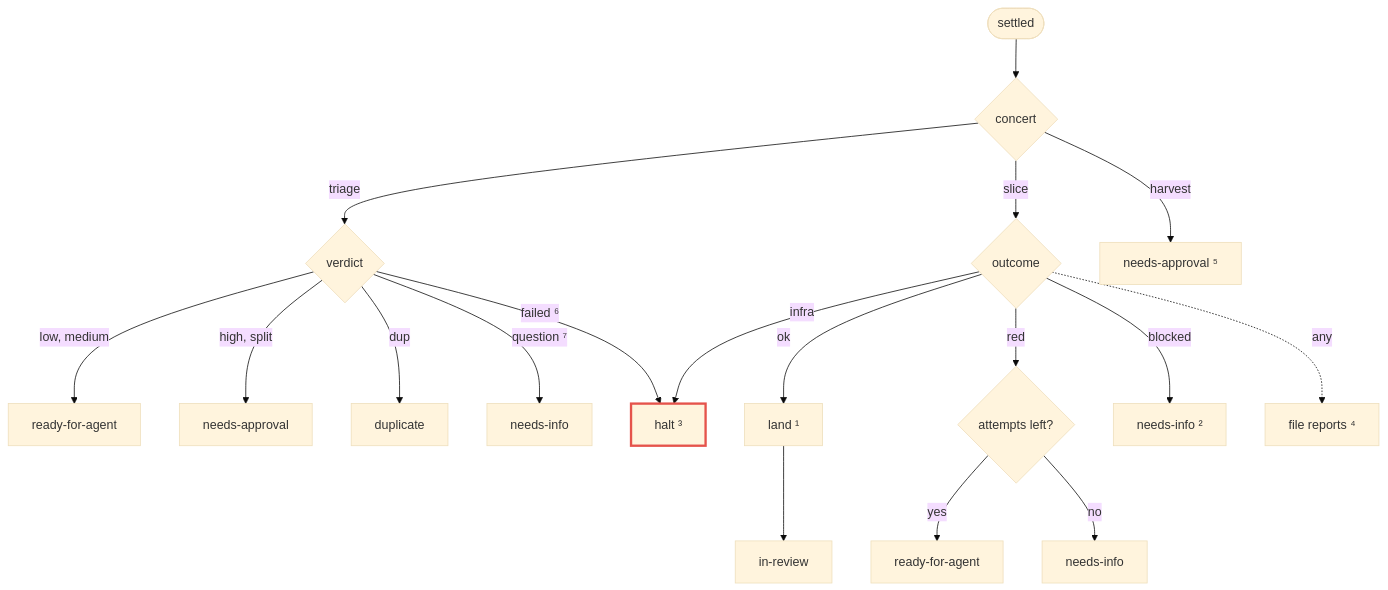
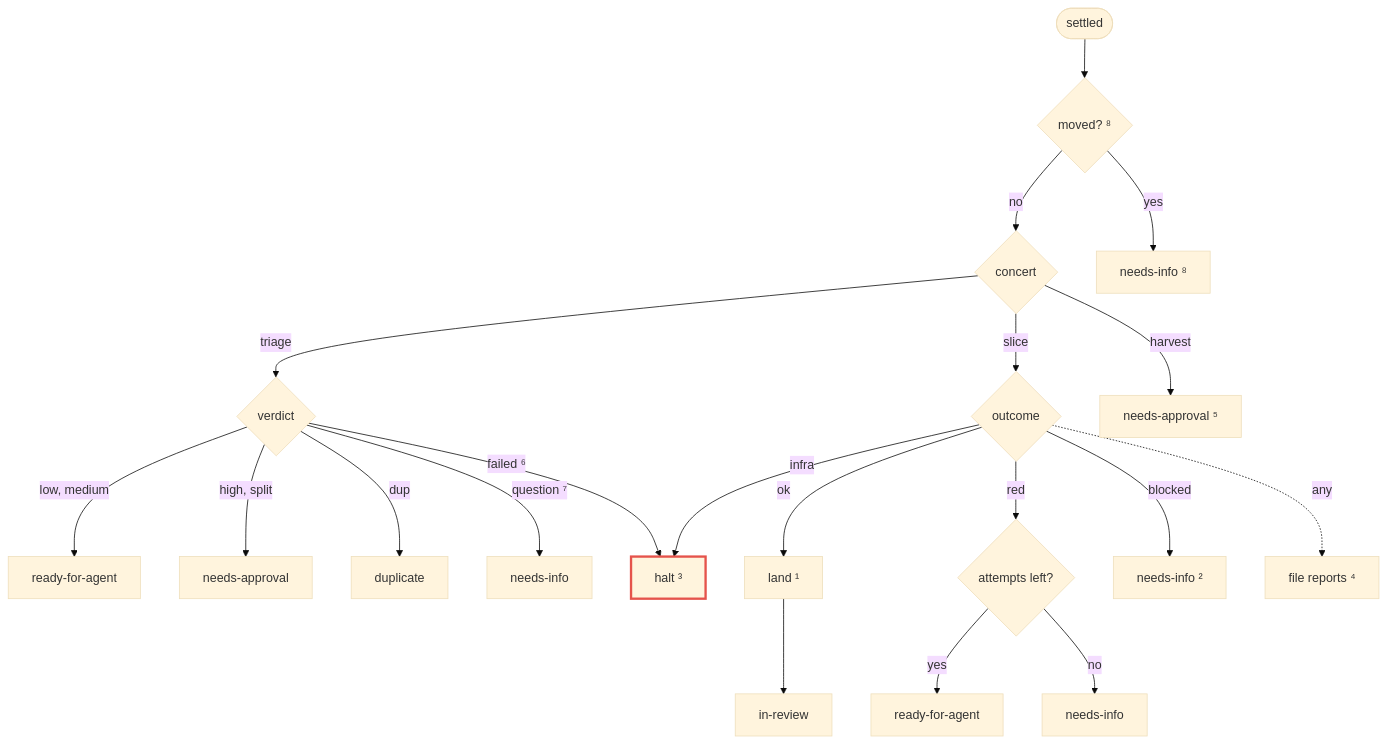
One commit to dvalnn/maestro changed the third of 5 diagrams in docs/agents/factory.md. Above: the diagram before and after it, drawn with Mermaid (base theme). The commit also changed other lines of this file and 14 other files, not shown here.

````diff
--- a/docs/agents/factory.md
+++ b/docs/agents/factory.md
@@ -83,22 +86,24 @@
 ```mermaid
 flowchart TD
-    S(["settled"]) --> K{"concert"}
+    S(["settled"]) --> M{"moved? ⁸"}
+    M -->|no| K{"concert"}
     K -->|triage| V{"verdict"}
     V -->|"low, medium"| RA["ready-for-agent"]
     V -->|"high, split"| NA["needs-approval"]
     V -->|dup| DU["duplicate"]
     V -->|"question ⁷"| NI1["needs-info"]
     V -->|"failed ⁶"| HALT
     K -->|slice| O{"outcome"}
     O -->|ok| LAND["land ¹"] --> IR["in-review"]
     O -->|red| A{"attempts left?"}
     A -->|yes| RA2["ready-for-agent"]
     A -->|no| NI2["needs-info"]
     O -->|blocked| NI3["needs-info ²"]
     O -->|infra| HALT["halt ³"]
     O -.->|any| REP["file reports ⁴"]
     K -->|harvest| PR["needs-approval ⁵"]
+    M -->|yes| PK["needs-info ⁸"]
 
     classDef fault stroke:#e5534b,stroke-width:3px
     class HALT fault
 ```
````
